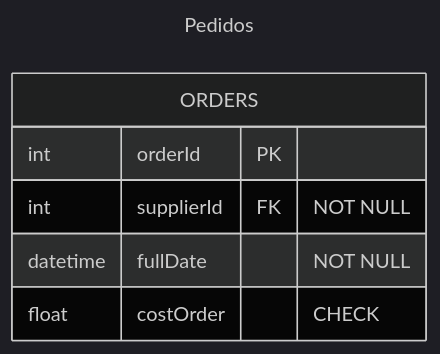
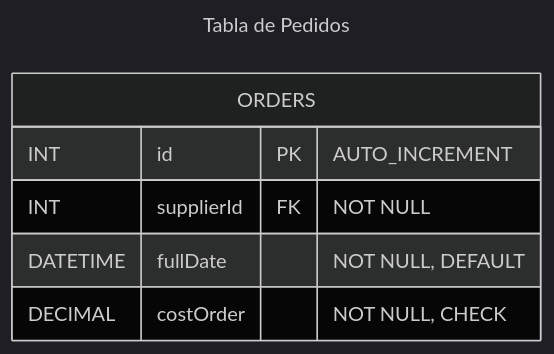
Diagram 22 of 30 in 4to-Cuatrimestre/fundamentos-base-datos/proyecto/proyecto.md (rosendocamal/homeworks), drawn with Mermaid (dark theme) before and after one commit. The commit also changed other lines of this file and 1 other file, not shown here.

````diff
--- a/4to-Cuatrimestre/fundamentos-base-datos/proyecto/proyecto.md
+++ b/4to-Cuatrimestre/fundamentos-base-datos/proyecto/proyecto.md
@@ -447,12 +447,12 @@
 ```mermaid
 ---
-title: Pedidos
+title: Tabla de Pedidos
 ---
 erDiagram
 	ORDERS {
-		int orderId PK
-		int supplierId FK "NOT NULL"
-		datetime fullDate "NOT NULL"
-		float costOrder "CHECK"
+		INT id PK "AUTO_INCREMENT"
+		INT supplierId FK "NOT NULL"
+		DATETIME fullDate "NOT NULL, DEFAULT"
+		DECIMAL costOrder "NOT NULL, CHECK"
 	}
 ```
````
